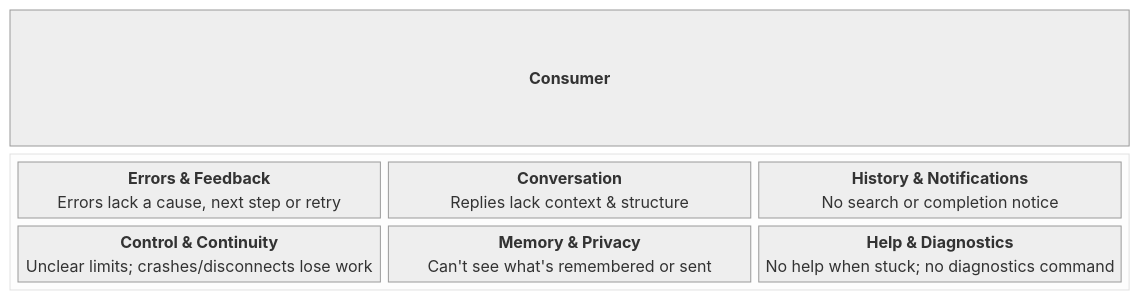
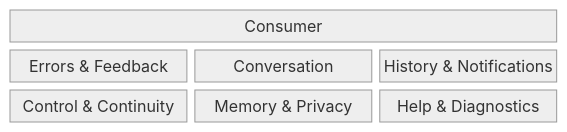
Before and after one commit to michaelatamuk/openjiuwen-jiuwenswarm: the diagram in docs-michael/usability/slides/personas-mermaid/consumer.md, drawn with Mermaid (neutral theme). The commit also changed other lines of this file and 20 other files, not shown here.

````diff
--- a/docs-michael/usability/slides/personas-mermaid/consumer.md
+++ b/docs-michael/usability/slides/personas-mermaid/consumer.md
@@ -5,10 +5,7 @@
 ```mermaid
 block-beta
   columns 3
-  P["<b>Consumer</b>"]:3
-  block:b0:3
-    columns 3
-    n1["<b>Errors &amp; Feedback</b>\nErrors lack a cause, next step or retry"] n2["<b>Conversation</b>\nReplies lack context &amp; structure"] n3["<b>History &amp; Notifications</b>\nNo search or completion notice"]
-    n4["<b>Control &amp; Continuity</b>\nUnclear limits; crashes/disconnects lose work"] n5["<b>Memory &amp; Privacy</b>\nCan't see what's remembered or sent"] n6["<b>Help &amp; Diagnostics</b>\nNo help when stuck; no diagnostics command"]
-  end
+  P["Consumer"]:3
+  G1["Errors & Feedback"] G2["Conversation"] G3["History & Notifications"]
+  G4["Control & Continuity"] G5["Memory & Privacy"] G6["Help & Diagnostics"]
 ```
````
